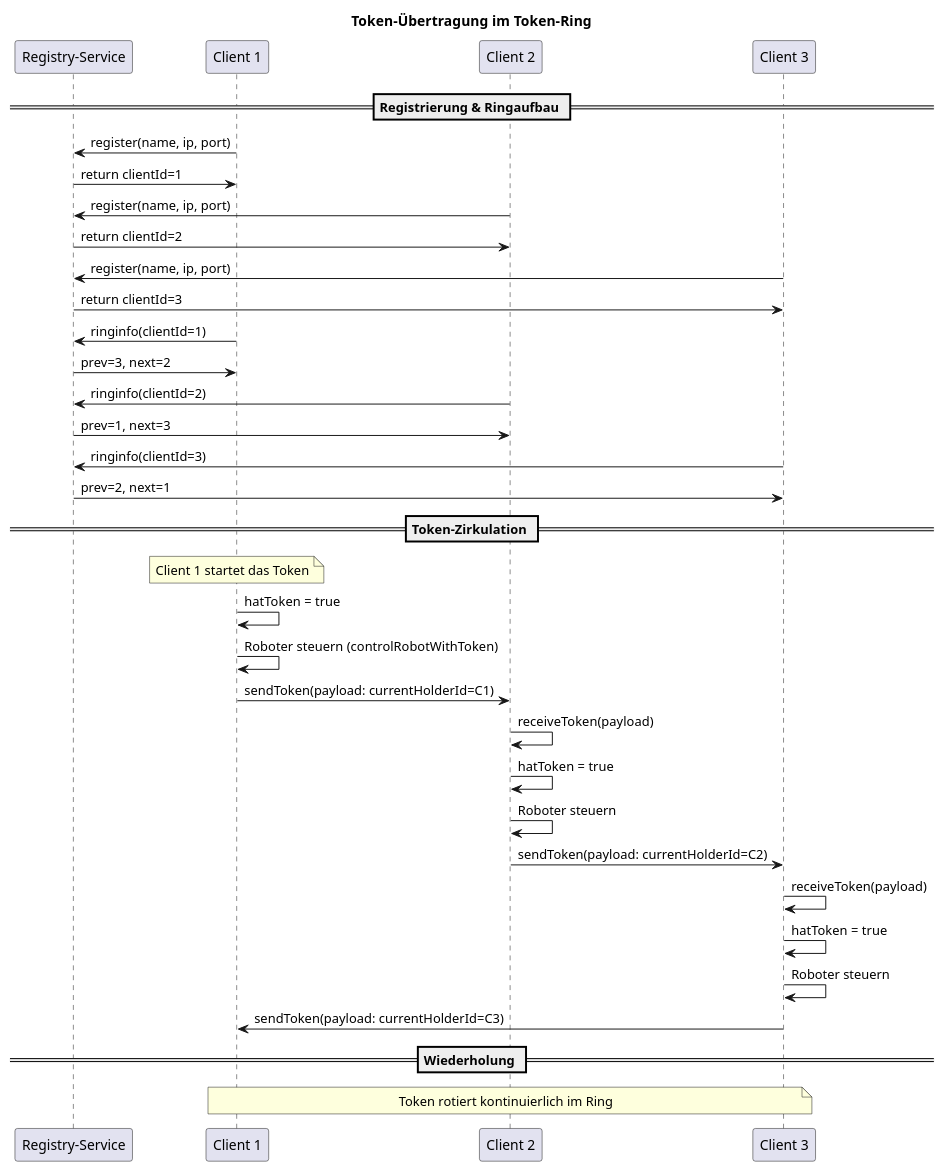
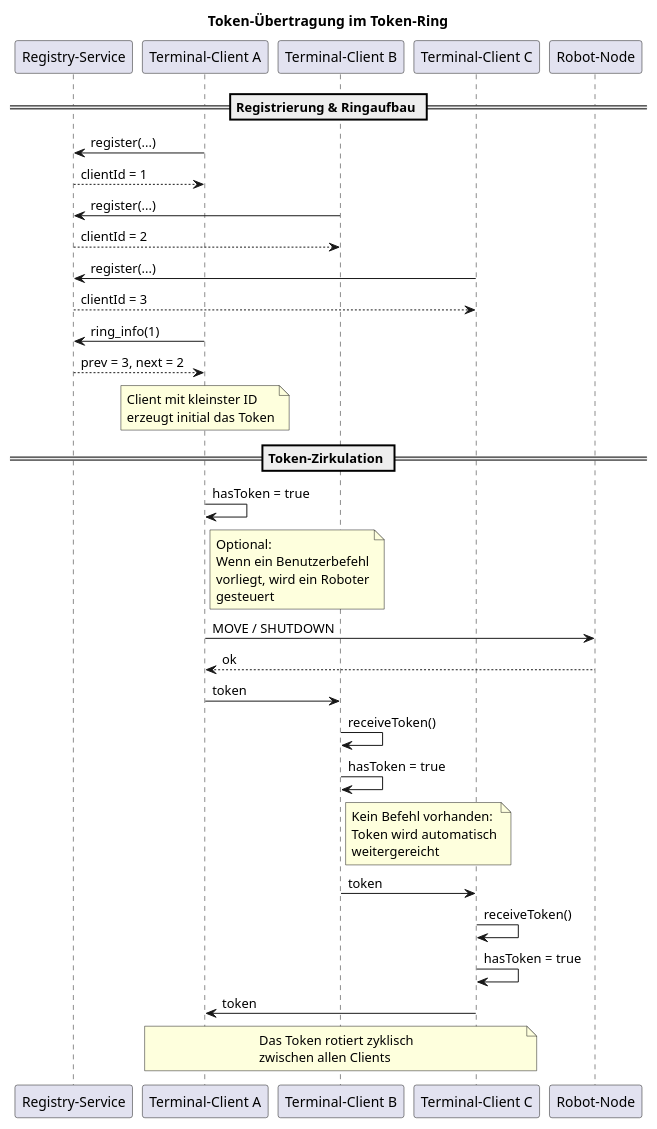
The diagram in pr3/Tokenuebertragung.puml (torbenrathje/vs_ws25_janice_torben), drawn with PlantUML before and after one commit. The commit also changed 5 other files, not shown here.

Commit message:
Sequenzdiagramm + Doku

```diff
--- a/pr3/Tokenuebertragung.puml
+++ b/pr3/Tokenuebertragung.puml
@@ -1,48 +1,60 @@
 @startuml
 title Token-Übertragung im Token-Ring
 
 participant "Registry-Service" as Registry
-participant "Client 1" as C1
-participant "Client 2" as C2
-participant "Client 3" as C3
+participant "Terminal-Client A" as C1
+participant "Terminal-Client B" as C2
+participant "Terminal-Client C" as C3
+participant "Robot-Node" as Robot
 
 == Registrierung & Ringaufbau ==
-C1 -> Registry : register(name, ip, port)
-Registry -> C1 : return clientId=1
-C2 -> Registry : register(name, ip, port)
-Registry -> C2 : return clientId=2
-C3 -> Registry : register(name, ip, port)
-Registry -> C3 : return clientId=3
+C1 -> Registry : register(...)
+Registry --> C1 : clientId = 1
+C2 -> Registry : register(...)
+Registry --> C2 : clientId = 2
+C3 -> Registry : register(...)
+Registry --> C3 : clientId = 3
 
-C1 -> Registry : ringinfo(clientId=1)
-Registry -> C1 : prev=3, next=2
+C1 -> Registry : ring_info(1)
+Registry --> C1 : prev = 3, next = 2
 
-C2 -> Registry : ringinfo(clientId=2)
-Registry -> C2 : prev=1, next=3
-
-C3 -> Registry : ringinfo(clientId=3)
-Registry -> C3 : prev=2, next=1
+note over C1
+Client mit kleinster ID
+erzeugt initial das Token
+end note
 
 == Token-Zirkulation ==
-note over C1: Client 1 startet das Token
-C1 -> C1 : hatToken = true
-C1 -> C1 : Roboter steuern (controlRobotWithToken)
+C1 -> C1 : hasToken = true
 
-C1 -> C2 : sendToken(payload: currentHolderId=C1)
-C2 -> C2 : receiveToken(payload)
-C2 -> C2 : hatToken = true
-C2 -> C2 : Roboter steuern
-C2 -> C3 : sendToken(payload: currentHolderId=C2)
-
-C3 -> C3 : receiveToken(payload)
-C3 -> C3 : hatToken = true
-C3 -> C3 : Roboter steuern
-C3 -> C1 : sendToken(payload: currentHolderId=C3)
-
-== Wiederholung ==
-note over C1,C3
-Token rotiert kontinuierlich im Ring
+note right of C1
+Optional:
+Wenn ein Benutzerbefehl
+vorliegt, wird ein Roboter
+gesteuert
 end note
 
+C1 -> Robot : MOVE / SHUTDOWN
+Robot --> C1 : ok
+
+C1 -> C2 : token
+C2 -> C2 : receiveToken()
+C2 -> C2 : hasToken = true
+
+note right of C2
+Kein Befehl vorhanden:
+Token wird automatisch
+weitergereicht
+end note
+
+C2 -> C3 : token
+C3 -> C3 : receiveToken()
+C3 -> C3 : hasToken = true
+
+C3 -> C1 : token
+
+note over C1,C3
+Das Token rotiert zyklisch
+zwischen allen Clients
+end note
 
 @enduml
```
